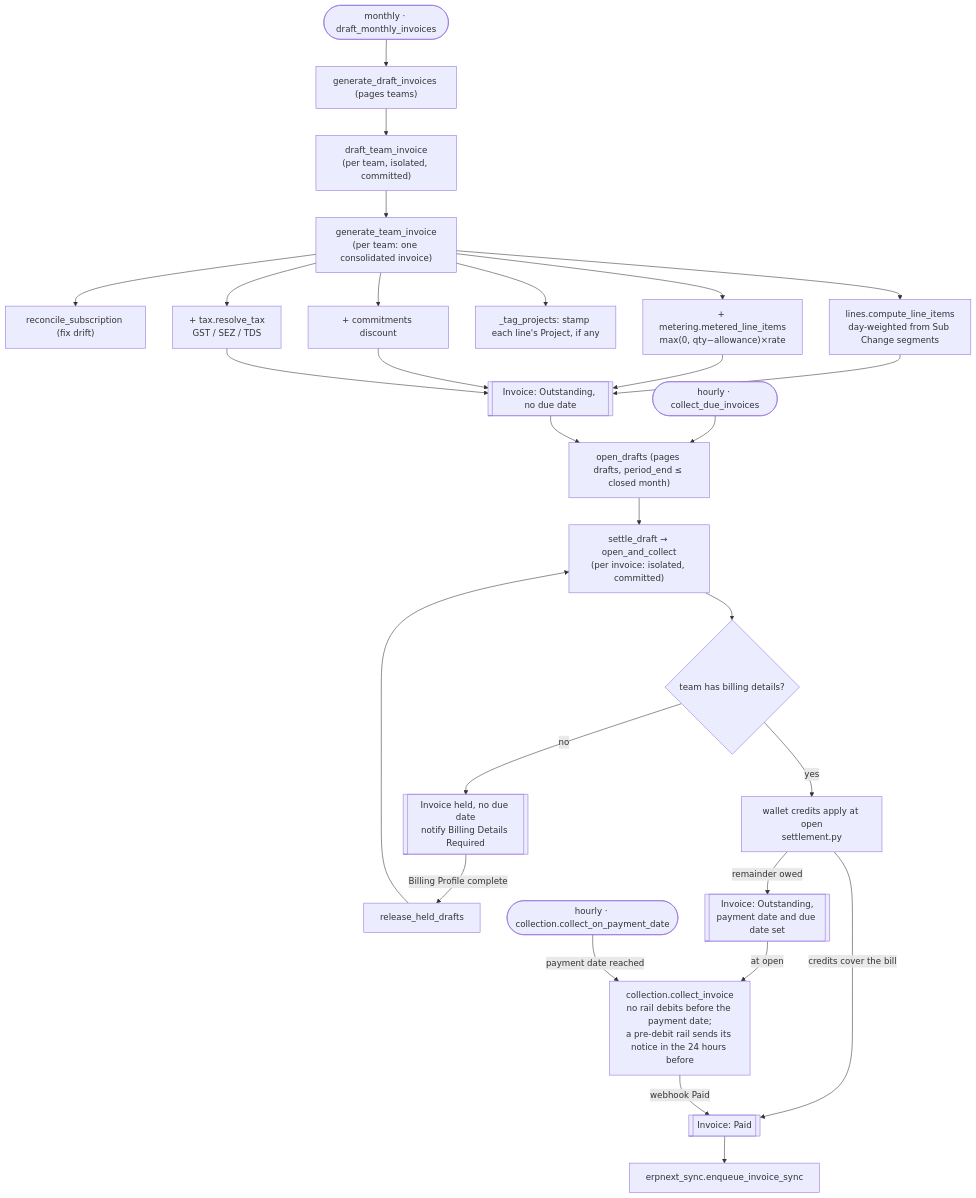
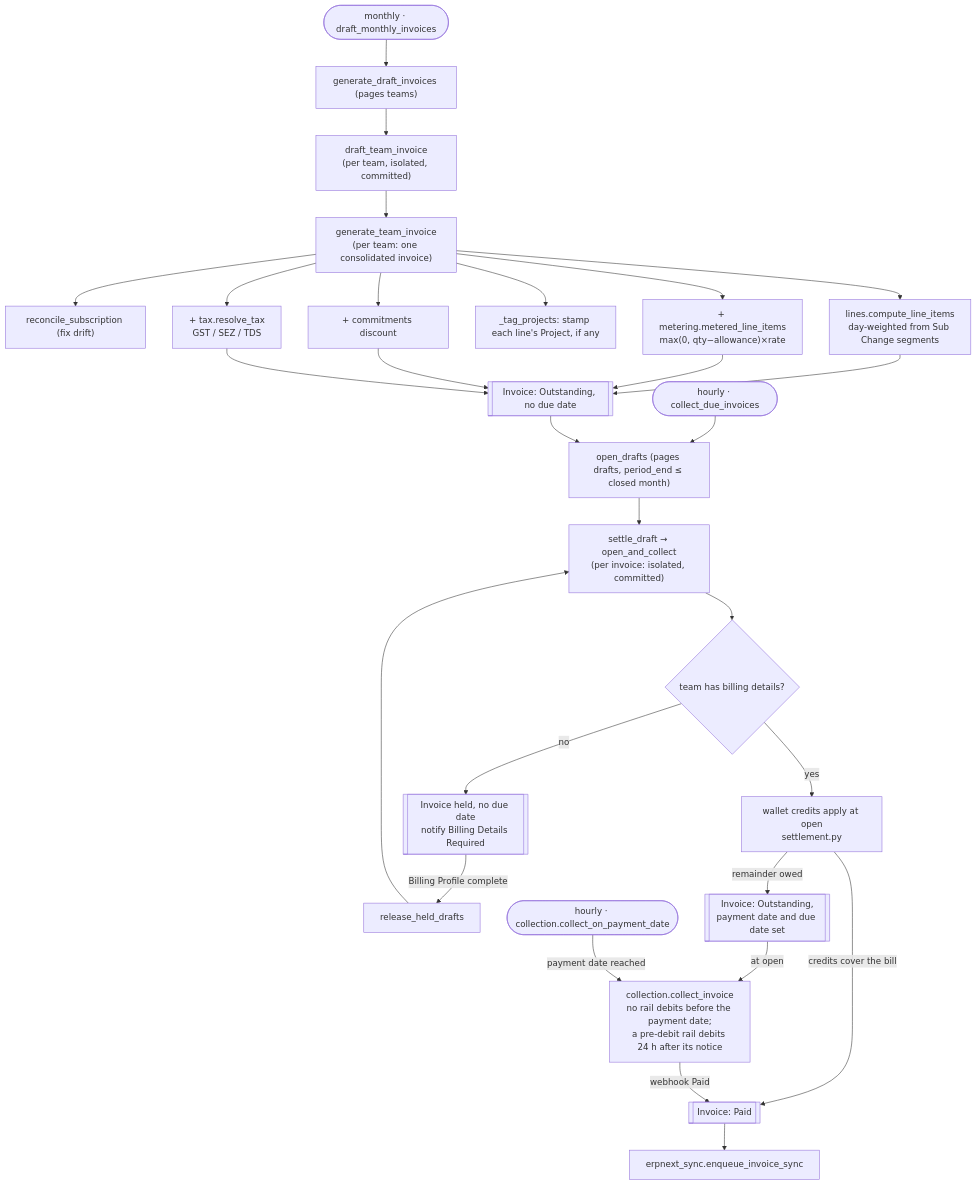
Before and after one commit to frappe/central: the fifth of 8 diagrams in central/billing/ARCHITECTURE.md, drawn with Mermaid. The commit also changed other lines of this file, not shown here.

Commit message:
docs(billing): state when an e-mandate is debited after its pre-debit notice

````diff
--- a/central/billing/ARCHITECTURE.md
+++ b/central/billing/ARCHITECTURE.md
@@ -465,28 +465,28 @@
 ```mermaid
 flowchart TD
     TICK(["monthly · draft_monthly_invoices"]) --> GDI["generate_draft_invoices (pages teams)"]
     GDI --> DTI["draft_team_invoice<br/>(per team, isolated, committed)"]
     DTI --> GTI["generate_team_invoice<br/>(per team: one consolidated invoice)"]
     GTI --> RS["reconcile_subscription (fix drift)"]
     GTI --> LINES["lines.compute_line_items<br/>day-weighted from Sub Change segments"]
     GTI --> MET["+ metering.metered_line_items<br/>max(0, qty−allowance)×rate"]
     GTI --> TAG["_tag_projects: stamp each line's Project, if any"]
     GTI --> DISC["+ commitments discount"]
     GTI --> TAX["+ tax.resolve_tax<br/>GST / SEZ / TDS"]
     LINES & MET & DISC & TAX --> DRAFT[["Invoice: Outstanding, no due date"]]
 
     SWEEP(["hourly · collect_due_invoices"]) --> OD["open_drafts (pages drafts, period_end ≤ closed month)"]
     DRAFT --> OD
     OD --> OAC["settle_draft → open_and_collect<br/>(per invoice: isolated, committed)"]
     OAC --> HOLD{"team has billing details?"}
     HOLD -->|no| HELD[["Invoice held, no due date<br/>notify Billing Details Required"]]
     HELD -->|Billing Profile complete| REL["release_held_drafts"]
     REL --> OAC
     HOLD -->|yes| CR["wallet credits apply at open<br/>settlement.py"]
     CR -->|credits cover the bill| PAID[["Invoice: Paid"]]
     CR -->|remainder owed| OPEN[["Invoice: Outstanding,<br/>payment date and due date set"]]
-    OPEN -->|at open| CARD["collection.collect_invoice<br/>no rail debits before the payment date;<br/>a pre-debit rail sends its notice in the 24 hours before"]
+    OPEN -->|at open| CARD["collection.collect_invoice<br/>no rail debits before the payment date;<br/>a pre-debit rail debits 24 h after its notice"]
     PDATE(["hourly · collection.collect_on_payment_date"]) -->|payment date reached| CARD
     CARD -->|webhook Paid| PAID
     PAID --> SYNC["erpnext_sync.enqueue_invoice_sync"]
 ```
````
